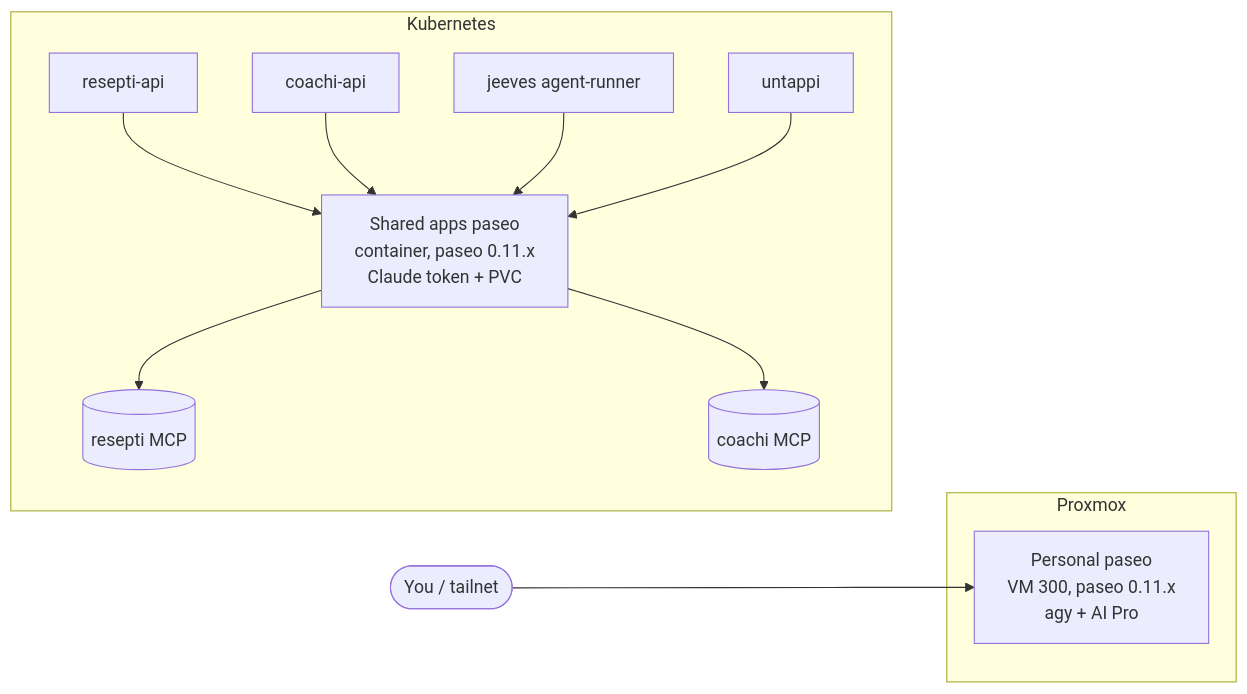
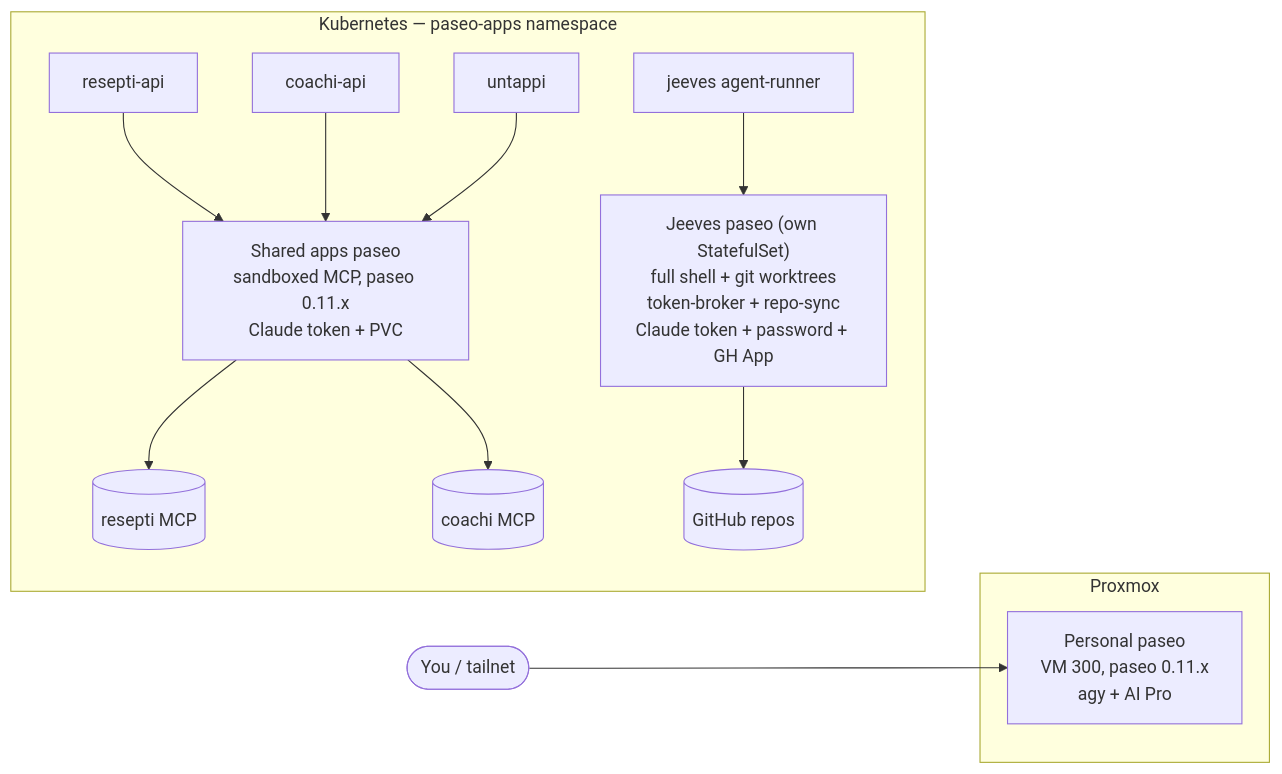
The diagram in docs/homelab/paseo.md (Arsenikki/kuberseni-gitops), drawn with Mermaid before and after one commit. The commit also changed other lines of this file, not shown here.

Commit message:
docs(paseo): commit to moving Jeeves onto paseo-apps (own full-shell StatefulSet) (#749)

````diff
--- a/docs/homelab/paseo.md
+++ b/docs/homelab/paseo.md
@@ -44,16 +48,18 @@
 ```mermaid
 flowchart LR
   you([You / tailnet]) --> P1
   subgraph Proxmox
     P1["Personal paseo<br/>VM 300, paseo 0.11.x<br/>agy + AI Pro"]
   end
-  subgraph k8s[Kubernetes]
-    P2["Shared apps paseo<br/>container, paseo 0.11.x<br/>Claude token + PVC"]
+  subgraph k8s["Kubernetes — paseo-apps namespace"]
+    P2["Shared apps paseo<br/>sandboxed MCP, paseo 0.11.x<br/>Claude token + PVC"]
     R[resepti-api] --> P2
     C[coachi-api] --> P2
-    J[jeeves agent-runner] --> P2
     U[untappi] --> P2
     P2 --> RM[(resepti MCP)]
     P2 --> CM[(coachi MCP)]
+    PJ["Jeeves paseo (own StatefulSet)<br/>full shell + git worktrees<br/>token-broker + repo-sync<br/>Claude token + password + GH App"]
+    J[jeeves agent-runner] --> PJ
+    PJ --> GH[(GitHub repos)]
   end
 ```
````
